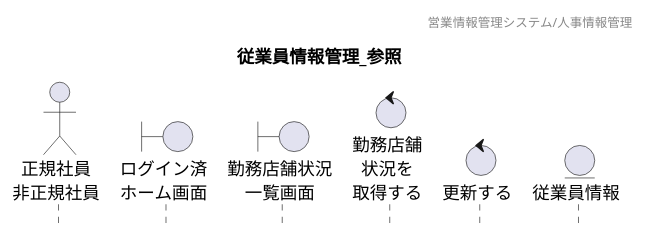
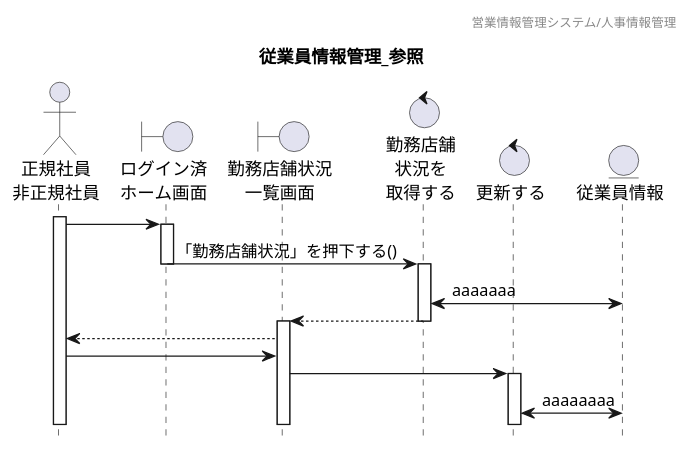
Before and after one commit to HaruShim/Sotuken: the diagram in 各種設計書/4シーケンス図/人事情報管理/3.勤務店舗状況編集/勤務店舗状況編集_未.plantuml, drawn with PlantUML. The commit also changed 3 other files, not shown here.

```diff
--- a/各種設計書/4シーケンス図/人事情報管理/3.勤務店舗状況編集/勤務店舗状況編集_未.plantuml
+++ b/各種設計書/4シーケンス図/人事情報管理/3.勤務店舗状況編集/勤務店舗状況編集_未.plantuml
@@ -1,26 +1,46 @@
 @startuml シーケンス図
 ' 下アイコン除去
 hide footbox
 ' ヘッダー
 header 営業情報管理システム/人事情報管理
 ' タイトル
 title 従業員情報管理_参照
 
 
 
 ' actor "" as 
 actor "正規社員\n非正規社員" as a1
 
 ' boundary "" as 
 boundary "ログイン済\nホーム画面" as b1
 boundary "勤務店舗状況\n一覧画面" as b2
 
 ' control "" as 
 control "勤務店舗\n状況を\n取得する" as c1
 control "更新する" as c2
 
 ' entity "" as
 entity "従業員情報" as e1
 
 
+
+' 長谷川
+activate a1
+a1 -> b1
+activate b1
+b1 -> c1 : 「勤務店舗状況」を押下する()
+deactivate
+activate c1
+c1 <-> e1 : aaaaaaa
+b2 <-- c1
+deactivate
+activate b2
+a1 <-- b2
+a1 -> b2
+b2 -> c2
+activate c2
+c2 <-> e1 : aaaaaaaa
+
+
+
 @enduml
```
